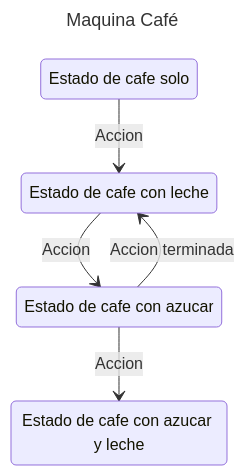
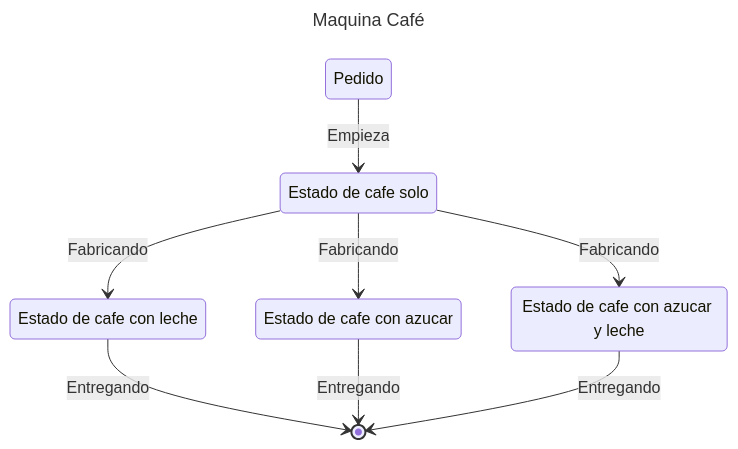
Before and after one commit to Dimitri2004/MaquinaCafe2: the diagram in Readme.md, drawn with Mermaid.

Commit message:
Mejora de Mermeid-Diagrama estado

````diff
--- a/Readme.md
+++ b/Readme.md
@@ -2,24 +2,30 @@
 ```mermaid
 ---
 title: Maquina Café
 ---
 stateDiagram
     State "Estado de cafe con leche" as State2
     State "Estado de cafe con azucar" as State3
     State "Estado de cafe solo" as State1
     State "Estado de cafe con azucar y leche" as State4
+    State "Pedido" as [*]
+    
+[*]-->State1:Empieza
 
+State1 --> State2:Fabricando
 
-State1 --> State2:Accion
+State1--> State3:Fabricando
 
-State2 --> State3:Accion
+State1-->State4:Fabricando
 
+State2-->[*]:Entregando
 
-State3 -->State2:Accion terminada
+State3-->[*]:Entregando
 
-State3-->State4:Accion
+State4-->[*]:Entregando
+
 
 
 
     
 ```
````
